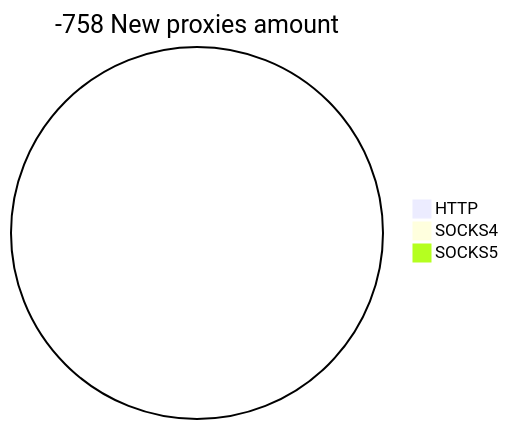
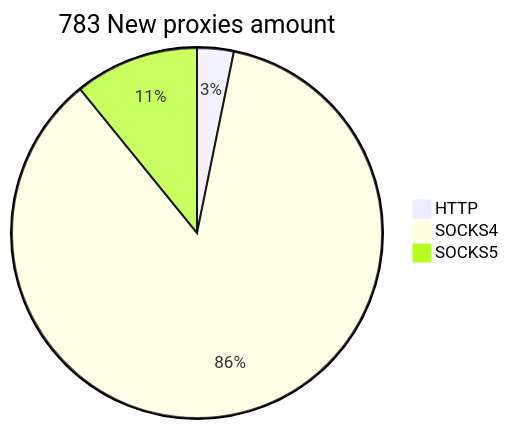
One commit to cutipu/proxylist changed the second of 2 diagrams in README.md. Above: the diagram before and after it, drawn with Mermaid. The commit also changed other lines of this file, not shown here.

````diff
--- a/README.md
+++ b/README.md
@@ -10,6 +10,6 @@
 ```mermaid
-pie title -758 New proxies amount
-    "HTTP" : 0
-    "SOCKS4" : 0
-    "SOCKS5" : 0
+pie title 783 New proxies amount
+    "HTTP" : 25
+    "SOCKS4" : 673
+    "SOCKS5" : 85
 ```
````
